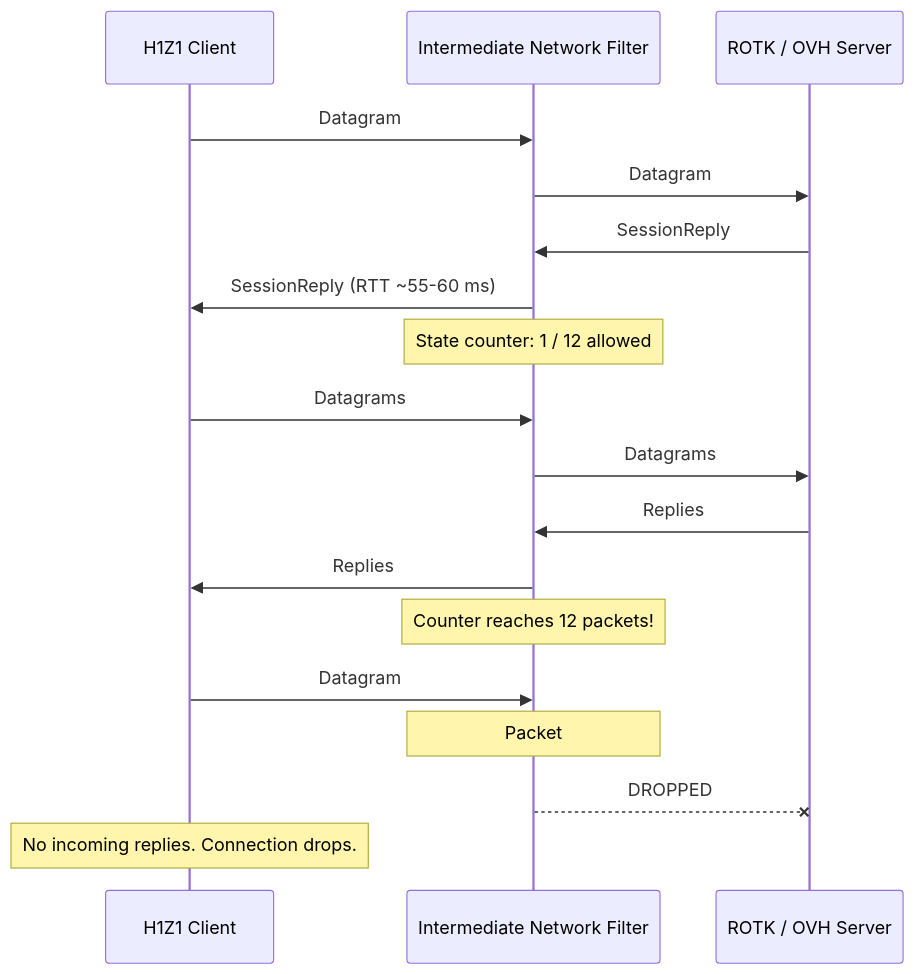
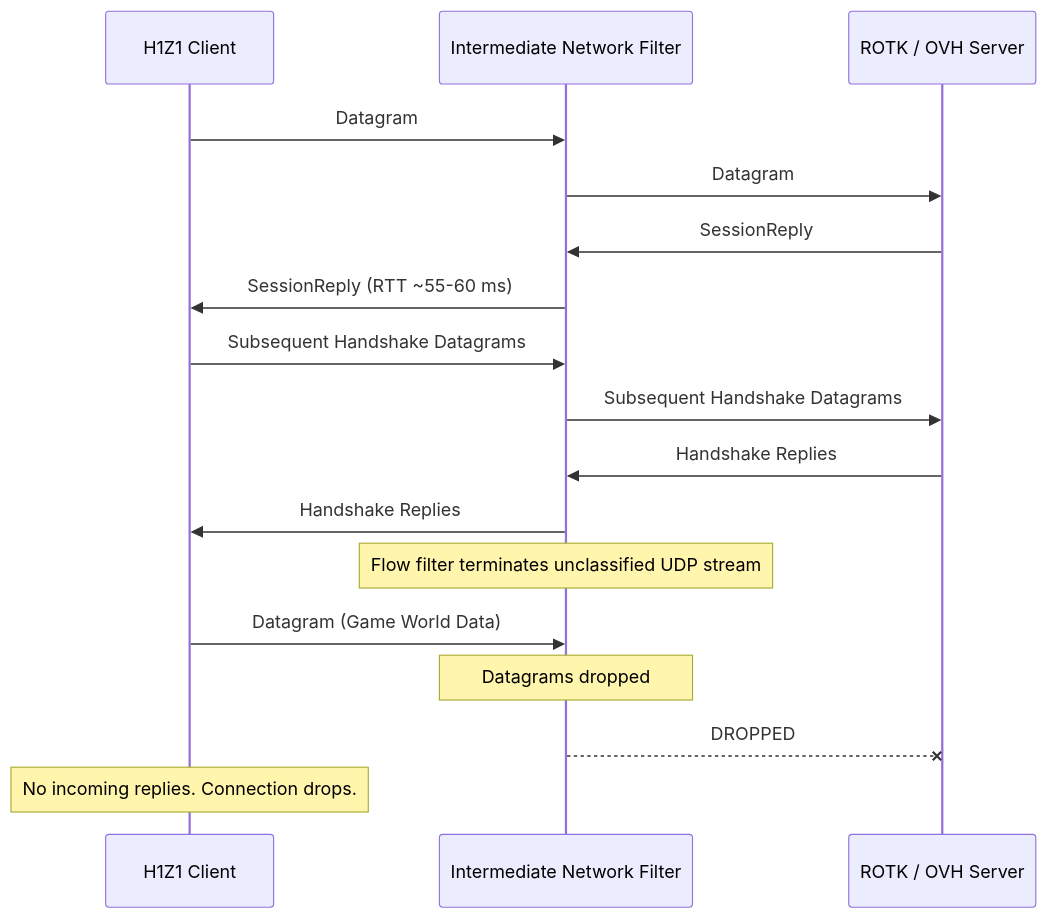
One commit to Blaykosik/H1Z1-ROTK-Russia changed the first of 3 diagrams in docs/HOW_IT_WORKS.md. Above: the diagram before and after it, drawn with Mermaid. The commit also changed other lines of this file and 20 other files, not shown here.

````diff
--- a/docs/HOW_IT_WORKS.md
+++ b/docs/HOW_IT_WORKS.md
@@ -11,21 +11,20 @@
 ```mermaid
 sequenceDiagram
     participant Game as H1Z1 Client
     participant ISP as Intermediate Network Filter
     participant Server as ROTK / OVH Server
 
     Game->>ISP: Datagram #1 (SessionRequest)
     ISP->>Server: Datagram #1
     Server->>ISP: SessionReply
     ISP->>Game: SessionReply (RTT ~55-60 ms)
-    Note over ISP: State counter: 1 / 12 allowed
-    Game->>ISP: Datagrams #2 .. #12 (Login / Auth)
-    ISP->>Server: Datagrams #2 .. #12
-    Server->>ISP: Replies #2 .. #12
-    ISP->>Game: Replies #2 .. #12
-    Note over ISP: Counter reaches 12 packets!
-    Game->>ISP: Datagram #13 (Game World Data)
-    Note over ISP: Packet #13 dropped
+    Game->>ISP: Subsequent Handshake Datagrams
+    ISP->>Server: Subsequent Handshake Datagrams
+    Server->>ISP: Handshake Replies
+    ISP->>Game: Handshake Replies
+    Note over ISP: Flow filter terminates unclassified UDP stream
+    Game->>ISP: Datagram (Game World Data)
+    Note over ISP: Datagrams dropped
     ISP--xServer: DROPPED
     Note over Game: No incoming replies. Connection drops.
 ```
````
